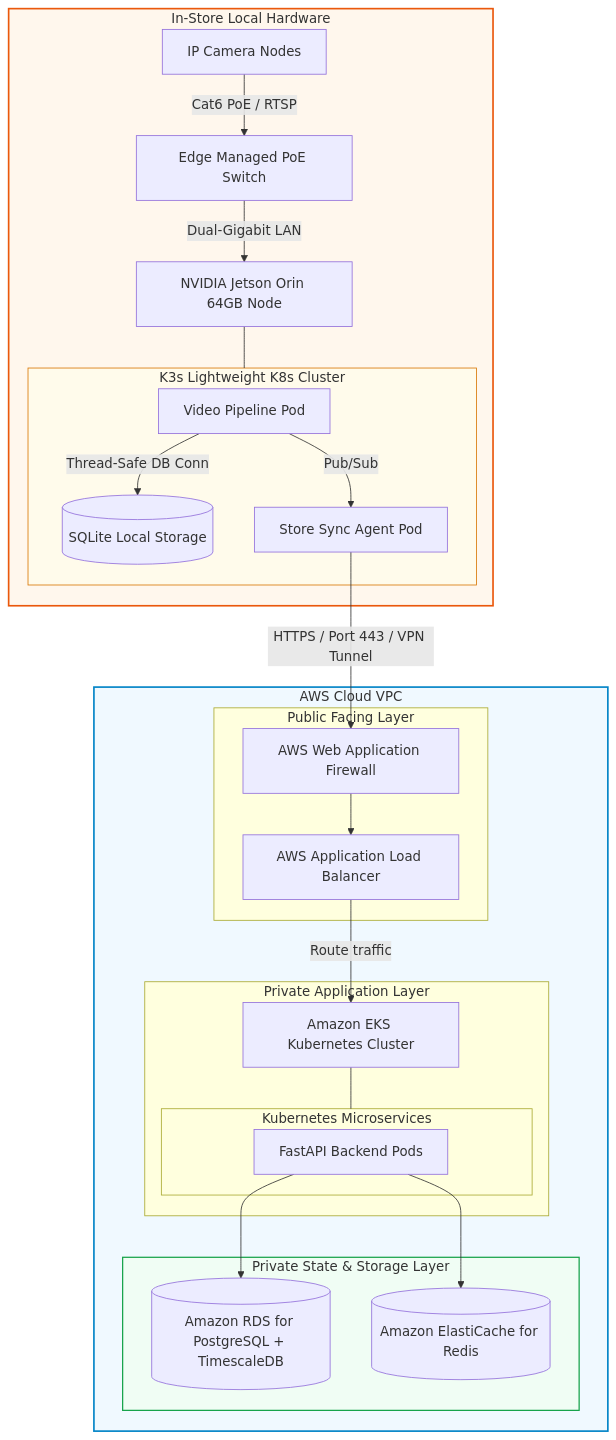
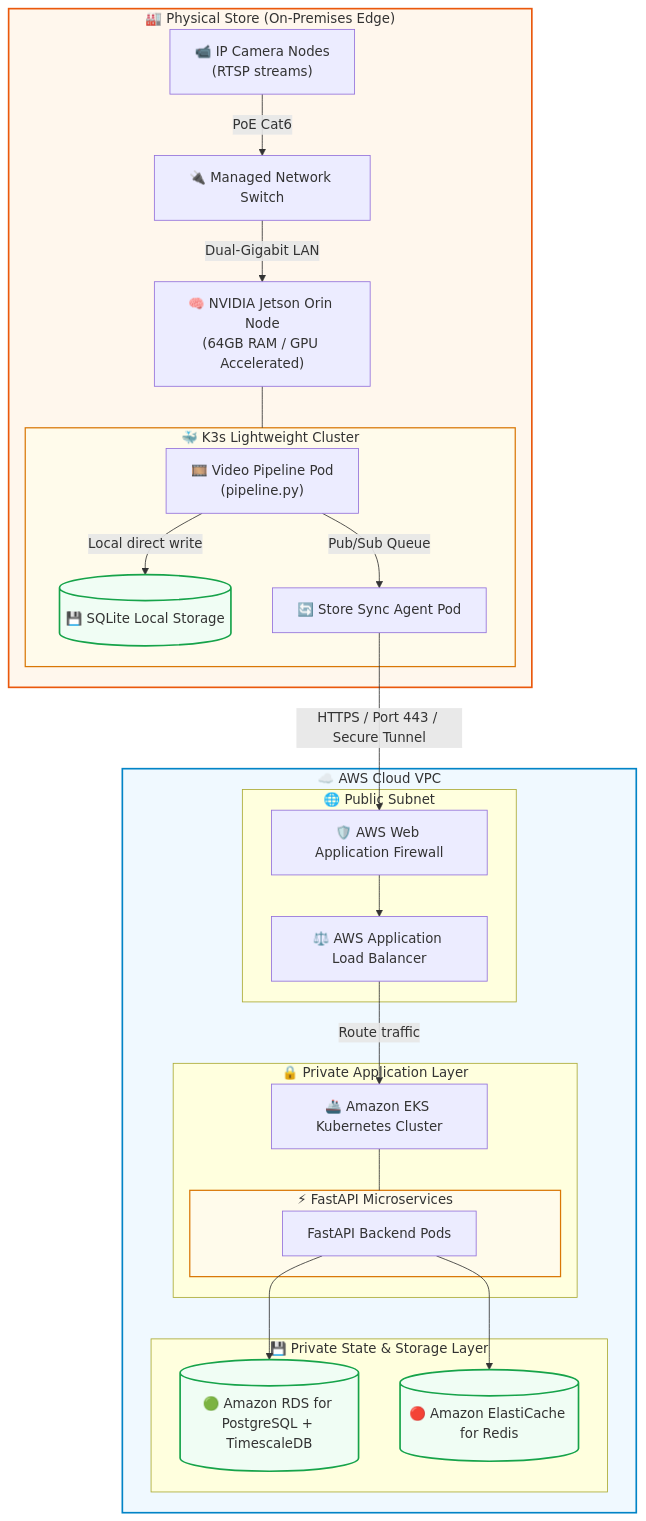
Before and after one commit to akash012345678/AI-Store-Intelligence: the fifth of 5 diagrams in DESIGN.md, drawn with Mermaid. The commit also changed other lines of this file, not shown here.

````diff
--- a/DESIGN.md
+++ b/DESIGN.md
@@ -388,43 +459,52 @@
 ```mermaid
 graph TB
-    subgraph Edge_Infrastructure [In-Store Local Hardware]
-        IPCam[IP Camera Nodes] -->|Cat6 PoE / RTSP| NetSwitch[Edge Managed PoE Switch]
-        NetSwitch -->|Dual-Gigabit LAN| JetsonOrin[NVIDIA Jetson Orin 64GB Node]
+    subgraph Edge_Infrastructure ["🏭 Physical Store (On-Premises Edge)"]
+        IPCam["📹 IP Camera Nodes<br/>(RTSP streams)"] -->|PoE Cat6| Switch["🔌 Managed Network Switch"]
+        Switch -->|Dual-Gigabit LAN| JetsonOrin["🧠 NVIDIA Jetson Orin Node<br/>(64GB RAM / GPU Accelerated)"]
         
-        subgraph Containerized_Edge [K3s Lightweight K8s Cluster]
-            V_Pipe[Video Pipeline Pod] -->|Thread-Safe DB Conn| LocalDB[(SQLite Local Storage)]
-            V_Pipe -->|Pub/Sub| EdgeSync[Store Sync Agent Pod]
+        subgraph Containerized_Edge ["🐳 K3s Lightweight Cluster"]
+            V_Pipe["🎞️ Video Pipeline Pod<br/>(pipeline.py)"]
+            LocalDB[("💾 SQLite Local Storage")]
+            SyncAgent["🔄 Store Sync Agent Pod"]
         end
+        
         JetsonOrin --- Containerized_Edge
+        V_Pipe -->|Local direct write| LocalDB
+        V_Pipe -->|Pub/Sub Queue| SyncAgent
     end
 
-    subgraph AWS_Cloud_Infrastructure [AWS Cloud VPC]
-        subgraph Public_Subnet [Public Facing Layer]
-            ALB[AWS Application Load Balancer]
-            WAF[AWS Web Application Firewall] --> ALB
+    subgraph AWS_Cloud_Infrastructure ["☁️ AWS Cloud VPC"]
+        subgraph Public_Subnet ["🌐 Public Subnet"]
+            ALB["⚖️ AWS Application Load Balancer"]
+            WAF["🛡️ AWS Web Application Firewall"] --> ALB
         end
 
-        subgraph Private_App_Subnet [Private Application Layer]
-            ALB -->|Route traffic| EKS[Amazon EKS Kubernetes Cluster]
+        subgraph Private_App_Subnet ["🔒 Private Application Layer"]
+            ALB -->|Route traffic| EKS["🚢 Amazon EKS Kubernetes Cluster"]
             
-            subgraph K8s_Pods [Kubernetes Microservices]
-                CoreAPI[FastAPI Backend Pods]
+            subgraph K8s_Pods ["⚡ FastAPI Microservices"]
+                CoreAPI[" FastAPI Backend Pods"]
             end
             EKS --- K8s_Pods
         end
 
-        subgraph Private_Data_Subnet [Private State & Storage Layer]
-            RDS[(Amazon RDS for PostgreSQL + TimescaleDB)]
-            ElastiCache[(Amazon ElastiCache for Redis)]
+        subgraph Private_Data_Subnet ["💾 Private State & Storage Layer"]
+            RDS[("🟢 Amazon RDS for PostgreSQL + TimescaleDB")]
+            ElastiCache[("🔴 Amazon ElastiCache for Redis")]
         end
         
-        EdgeSync -->|HTTPS / Port 443 / VPN Tunnel| WAF
+        SyncAgent -->|HTTPS / Port 443 / Secure Tunnel| WAF
         CoreAPI --> ElastiCache
         CoreAPI --> RDS
     end
 
-    style Edge_Infrastructure fill:#fff7ed,stroke:#ea580c,stroke-width:2px
-    style Containerized_Edge fill:#fffbeb,stroke:#d97706,stroke-width:1px
-    style AWS_Cloud_Infrastructure fill:#f0f9ff,stroke:#0284c7,stroke-width:2px
-    style Private_Data_Subnet fill:#f0fdf4,stroke:#16a34a,stroke-width:1.5px
+    classDef edgeColor fill:#fff7ed,stroke:#ea580c,stroke-width:2px;
+    classDef cloudColor fill:#f0f9ff,stroke:#0284c7,stroke-width:2px;
+    classDef k8sColor fill:#fffbeb,stroke:#d97706,stroke-width:1.5px;
+    classDef dbColor fill:#f0fdf4,stroke:#16a34a,stroke-width:2px;
+
+    class Edge_Infrastructure edgeColor;
+    class AWS_Cloud_Infrastructure cloudColor;
+    class Containerized_Edge,K8s_Pods k8sColor;
+    class RDS,ElastiCache,LocalDB dbColor;
 ```
````
